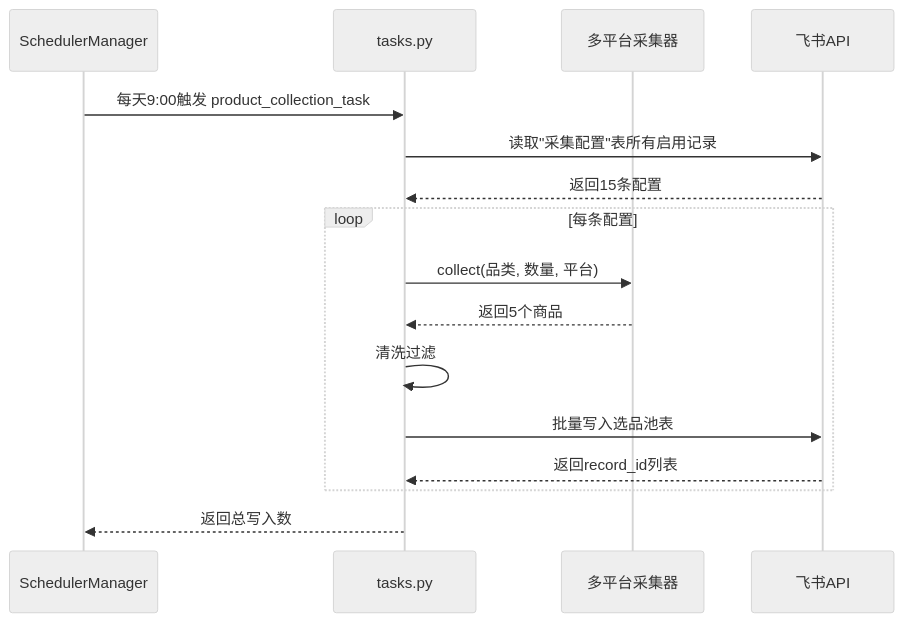
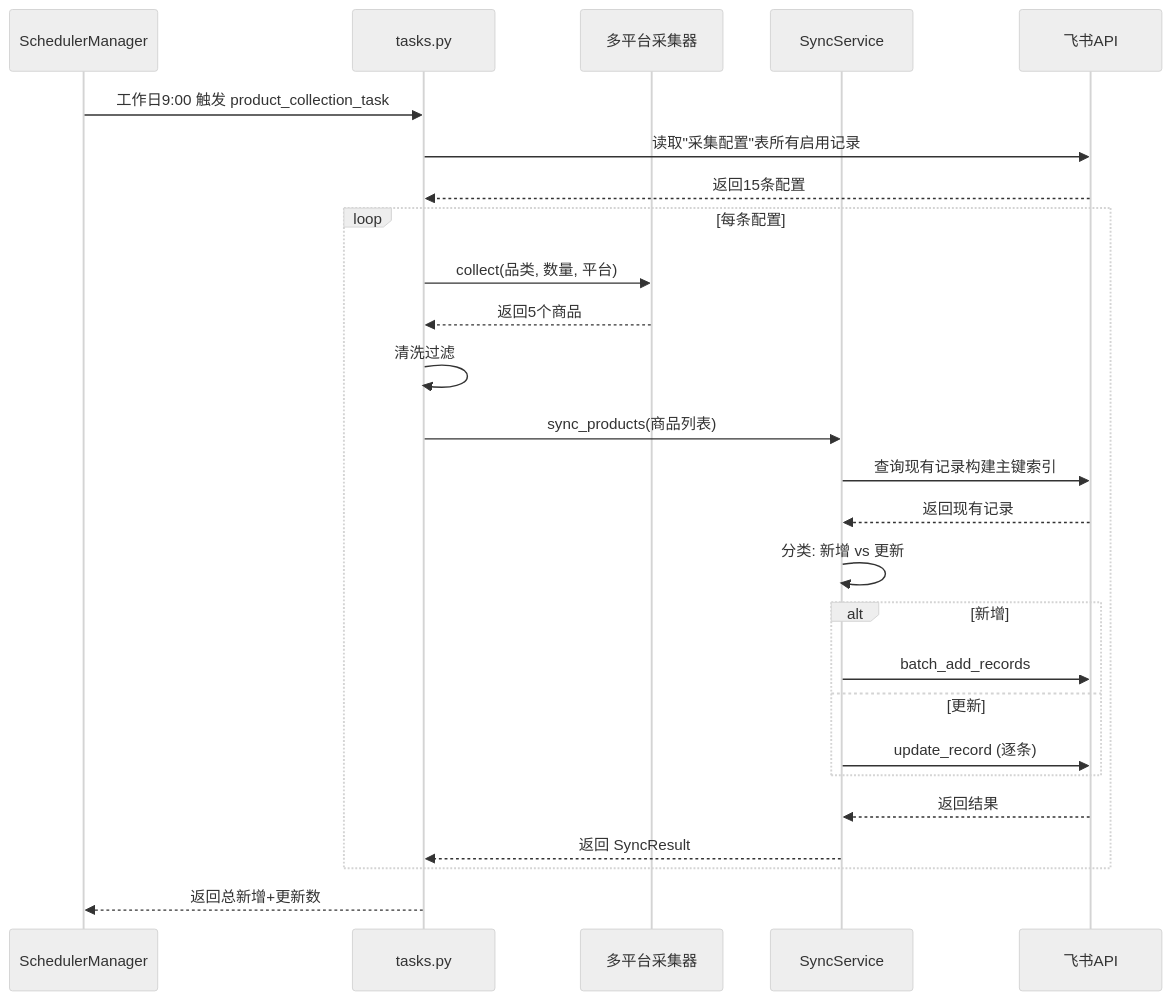
Before and after one commit to lbh1nb/cross-border-ai-platform: the fourth of 7 diagrams in ARCHITECTURE.md, drawn with Mermaid (neutral theme). The commit also changed other lines of this file and 8 other files, not shown here.

````diff
--- a/ARCHITECTURE.md
+++ b/ARCHITECTURE.md
@@ -116,19 +158,29 @@
 ```mermaid
 sequenceDiagram
     participant S as SchedulerManager
     participant T as tasks.py
     participant C as 多平台采集器
+    participant Sync as SyncService
     participant F as 飞书API
 
-    S->>T: 每天9:00触发 product_collection_task
+    S->>T: 工作日9:00 触发 product_collection_task
     T->>F: 读取"采集配置"表所有启用记录
     F-->>T: 返回15条配置
     loop 每条配置
         T->>C: collect(品类, 数量, 平台)
         C-->>T: 返回5个商品
         T->>T: 清洗过滤
-        T->>F: 批量写入选品池表
-        F-->>T: 返回record_id列表
+        T->>Sync: sync_products(商品列表)
+        Sync->>F: 查询现有记录构建主键索引
+        F-->>Sync: 返回现有记录
+        Sync->>Sync: 分类: 新增 vs 更新
+        alt 新增
+            Sync->>F: batch_add_records
+        else 更新
+            Sync->>F: update_record (逐条)
+        end
+        F-->>Sync: 返回结果
+        Sync-->>T: 返回 SyncResult
     end
-    T-->>S: 返回总写入数
+    T-->>S: 返回总新增+更新数
 ```
````
